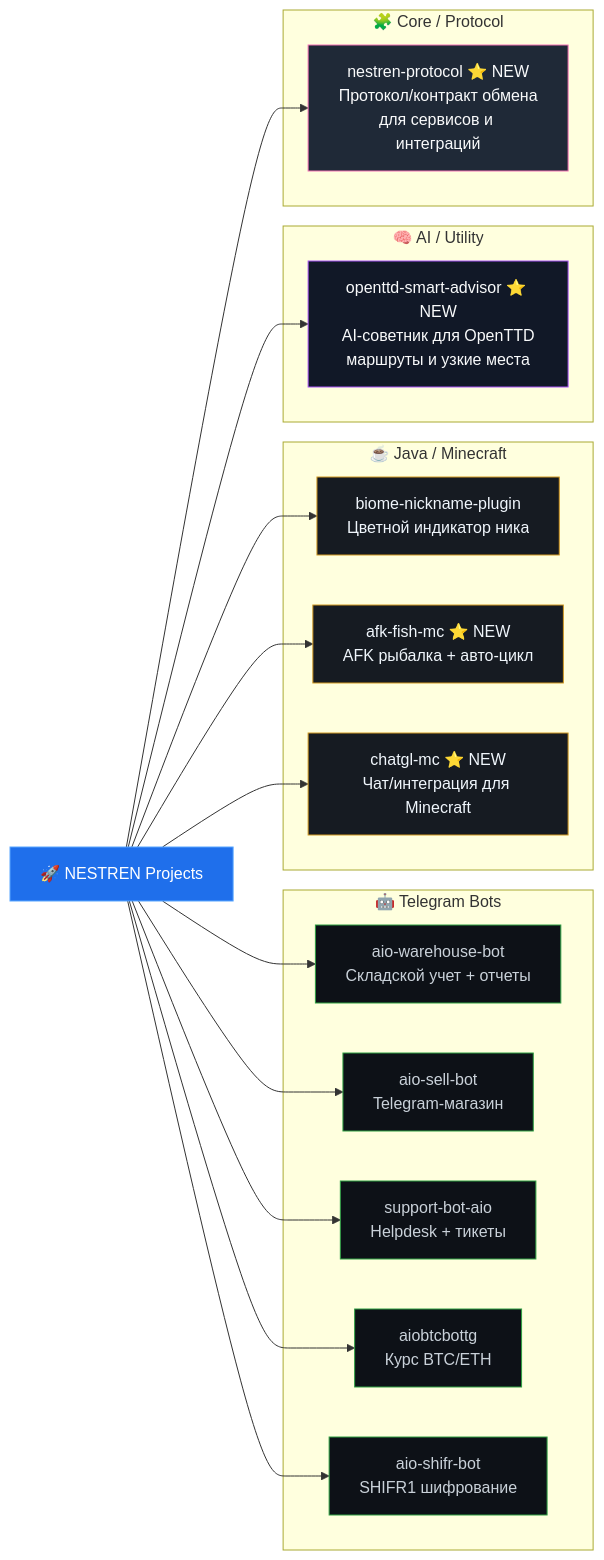
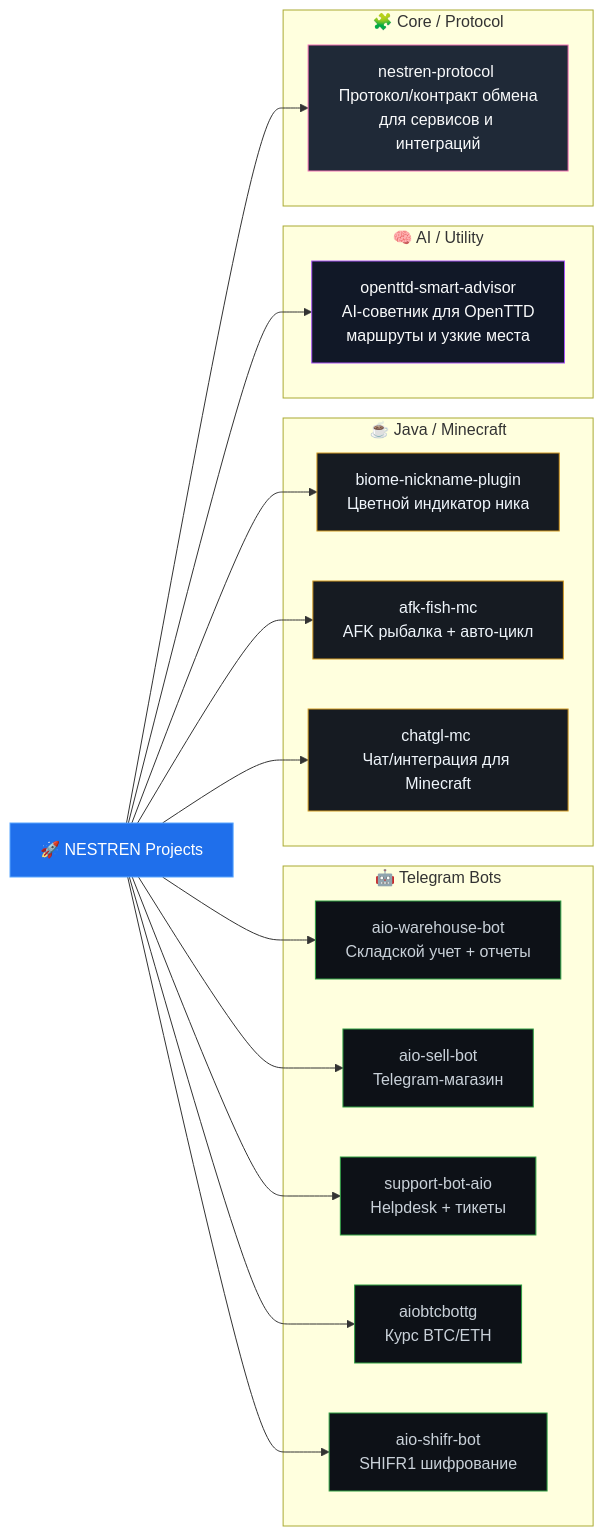
The diagram in README.md (NESTREN/NESTREN), drawn with Mermaid before and after one commit.

````diff
--- a/README.md
+++ b/README.md
@@ -61,61 +61,61 @@
 ```mermaid
 flowchart LR
     A[🚀 NESTREN Projects]
 
     subgraph T[🤖 Telegram Bots]
       B[aio-warehouse-bot
 Складской учет + отчеты]
       C[aio-sell-bot
 Telegram-магазин]
       D[support-bot-aio
 Helpdesk + тикеты]
       E[aiobtcbottg
 Курс BTC/ETH]
       F[aio-shifr-bot
 SHIFR1 шифрование]
     end
 
     subgraph J[☕ Java / Minecraft]
       G[biome-nickname-plugin
 Цветной индикатор ника]
-      H[afk-fish-mc ⭐ NEW
+      H[afk-fish-mc 
 AFK рыбалка + авто-цикл]
-      K[chatgl-mc ⭐ NEW
+      K[chatgl-mc 
 Чат/интеграция для Minecraft]
     end
 
     subgraph AI[🧠 AI / Utility]
-      I[openttd-smart-advisor ⭐ NEW
+      I[openttd-smart-advisor 
 AI-советник для OpenTTD
 маршруты и узкие места]
     end
 
     subgraph P[🧩 Core / Protocol]
-      L[nestren-protocol ⭐ NEW
+      L[nestren-protocol 
 Протокол/контракт обмена
 для сервисов и интеграций]
     end
 
     A --> B
     A --> C
     A --> D
     A --> E
     A --> F
     A --> G
     A --> H
     A --> K
     A --> I
     A --> L
 
     classDef core fill:#1f6feb,color:#ffffff,stroke:#58a6ff,stroke-width:1px;
     classDef tg fill:#0d1117,color:#c9d1d9,stroke:#2ea043,stroke-width:1px;
     classDef java fill:#161b22,color:#f0f6fc,stroke:#d29922,stroke-width:1px;
     classDef ai fill:#111827,color:#f9fafb,stroke:#a855f7,stroke-width:1px;
     classDef protocol fill:#1f2937,color:#f9fafb,stroke:#f472b6,stroke-width:1px;
 
     class A core;
     class B,C,D,E,F tg;
     class G,H,K java;
     class I ai;
     class L protocol;
 ```
````
